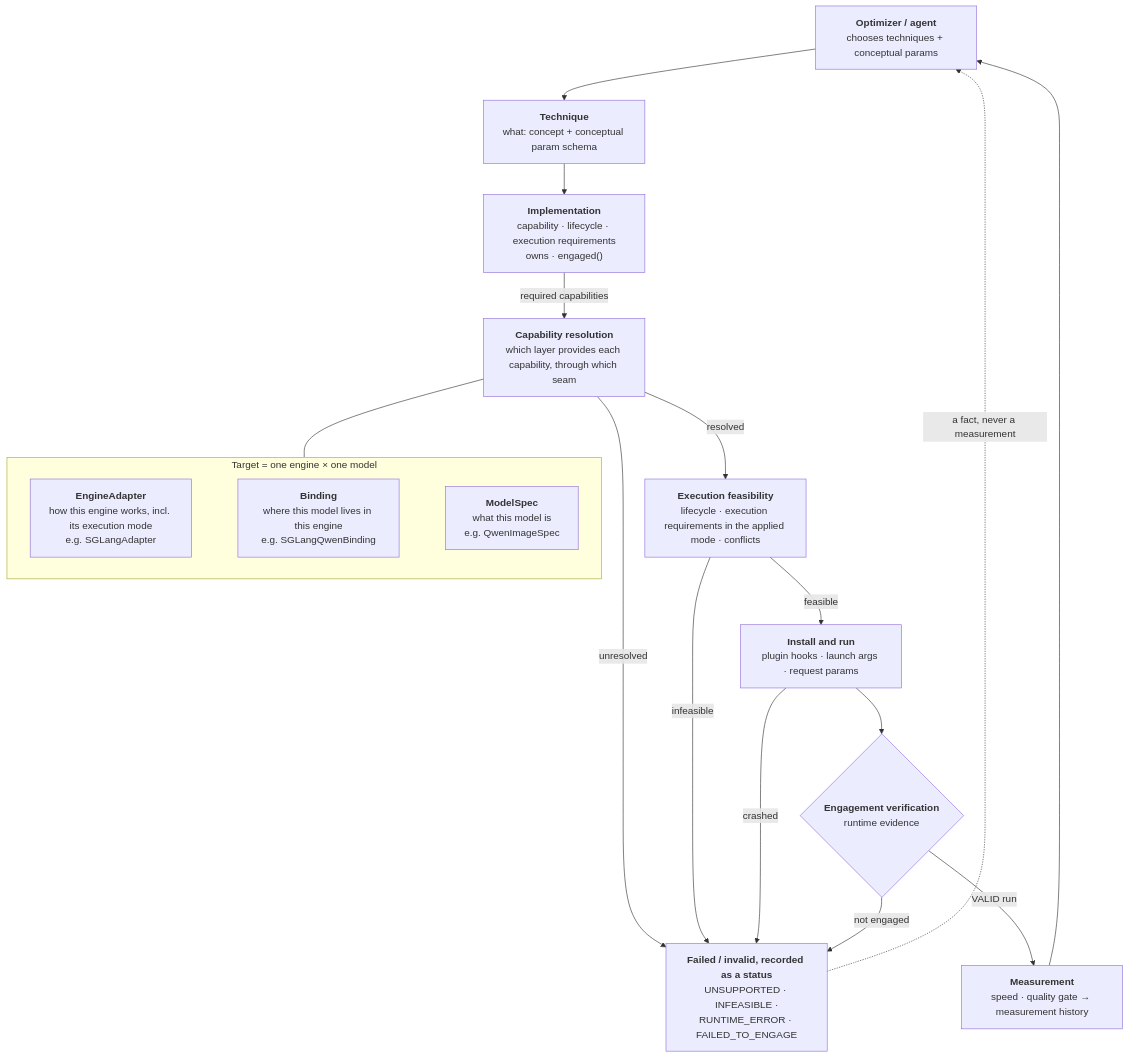
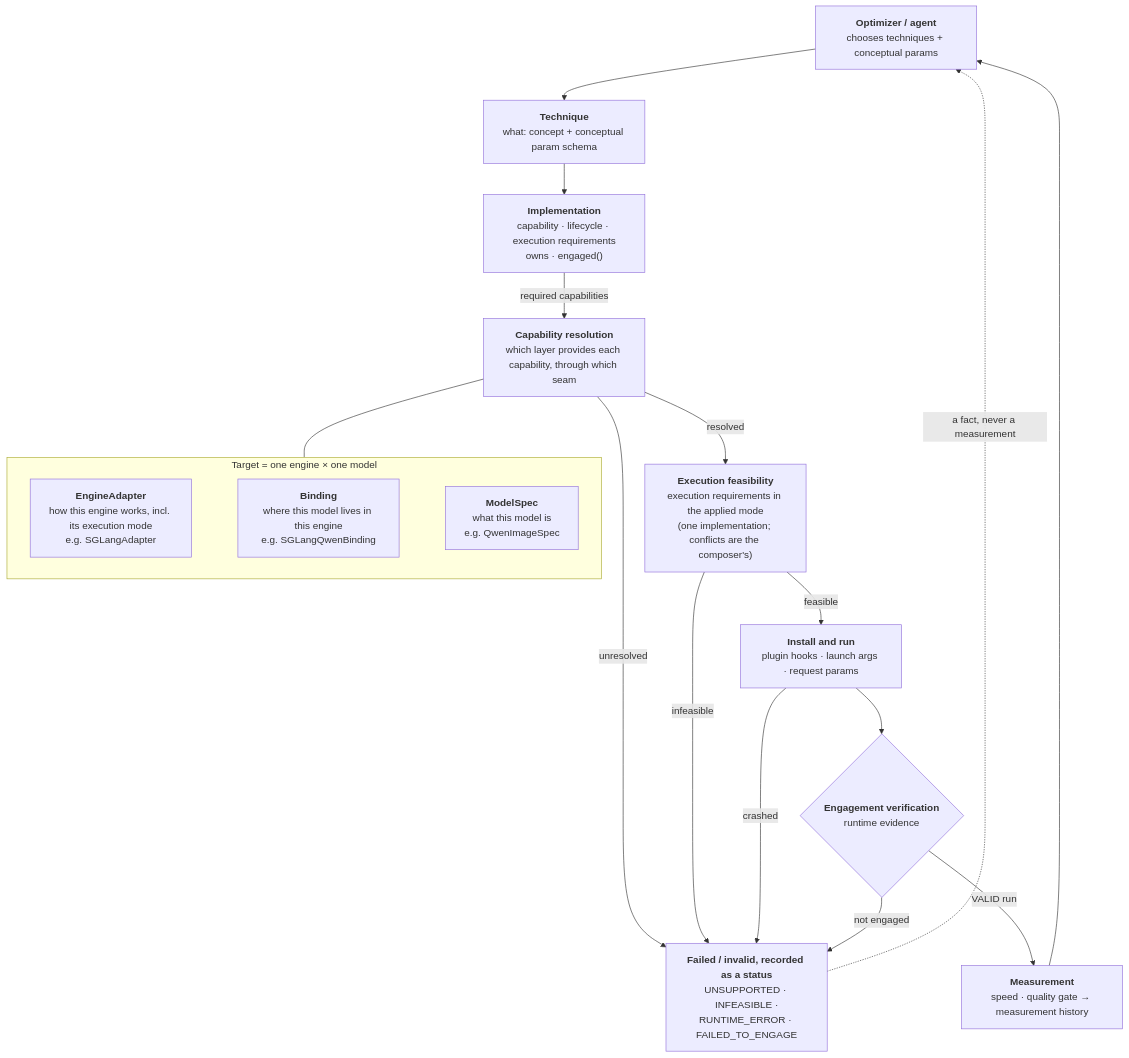
One commit to fractalyze/optimizer changed the diagram in docs/architecture.md. Above: the diagram before and after it, drawn with Mermaid. The commit also changed other lines of this file and 3 other files, not shown here.

````diff
--- a/docs/architecture.md
+++ b/docs/architecture.md
@@ -49,29 +50,29 @@
 ```mermaid
 flowchart TB
     OPT["<b>Optimizer / agent</b><br/>chooses techniques + conceptual params"]
     TEC["<b>Technique</b><br/>what: concept + conceptual param schema"]
     IMP["<b>Implementation</b><br/>capability · lifecycle · execution requirements<br/>owns · engaged()"]
     RES["<b>Capability resolution</b><br/>which layer provides each capability, through which seam"]
     subgraph TGT["Target = one engine × one model"]
         EA["<b>EngineAdapter</b><br/>how this engine works, incl. its execution mode<br/>e.g. SGLangAdapter"]
         BD["<b>Binding</b><br/>where this model lives in this engine<br/>e.g. SGLangQwenBinding"]
         MS["<b>ModelSpec</b><br/>what this model is<br/>e.g. QwenImageSpec"]
         EA ~~~ BD ~~~ MS
     end
-    FEAS["<b>Execution feasibility</b><br/>lifecycle · execution requirements in the applied mode · conflicts"]
+    FEAS["<b>Execution feasibility</b><br/>execution requirements in the applied mode<br/>(one implementation; conflicts are the composer's)"]
     RUN["<b>Install and run</b><br/>plugin hooks · launch args · request params"]
     ENG{"<b>Engagement verification</b><br/>runtime evidence"}
     MEAS["<b>Measurement</b><br/>speed · quality gate → measurement history"]
     BAD["<b>Failed / invalid, recorded as a status</b><br/>UNSUPPORTED · INFEASIBLE ·<br/>RUNTIME_ERROR · FAILED_TO_ENGAGE"]
 
     OPT --> TEC --> IMP -- "required capabilities" --> RES
     RES --- TGT
     RES -- resolved --> FEAS
     FEAS -- feasible --> RUN --> ENG
     ENG -- "VALID run" --> MEAS --> OPT
     RES -- unresolved --> BAD
     FEAS -- infeasible --> BAD
     RUN -- crashed --> BAD
     ENG -- "not engaged" --> BAD
     BAD -. "a fact, never a measurement" .-> OPT
 ```
````
